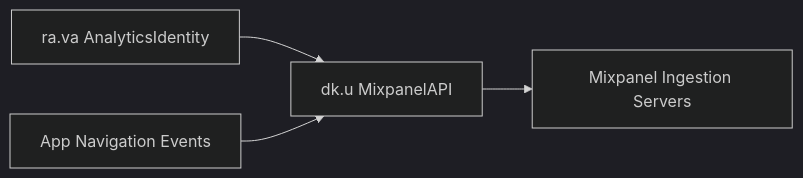
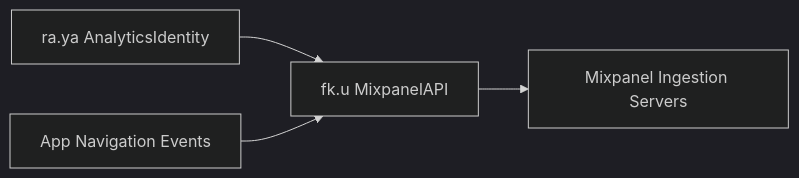
The third of 4 diagrams in docs/fizz/architecture.md (ihatenodejs/aidans-patches), drawn with Mermaid (dark theme) before and after one commit. The commit also changed other lines of this file and 101 other files, not shown here.

````diff
--- a/docs/fizz/architecture.md
+++ b/docs/fizz/architecture.md
@@ -62,6 +62,6 @@
 ```mermaid
 flowchart LR
-    ID[ra.va AnalyticsIdentity] --> MP[dk.u MixpanelAPI]
+    ID[ra.ya AnalyticsIdentity] --> MP[fk.u MixpanelAPI]
     EV[App Navigation Events] --> MP
     MP --> CLOUD[Mixpanel Ingestion Servers]
 ```
````
